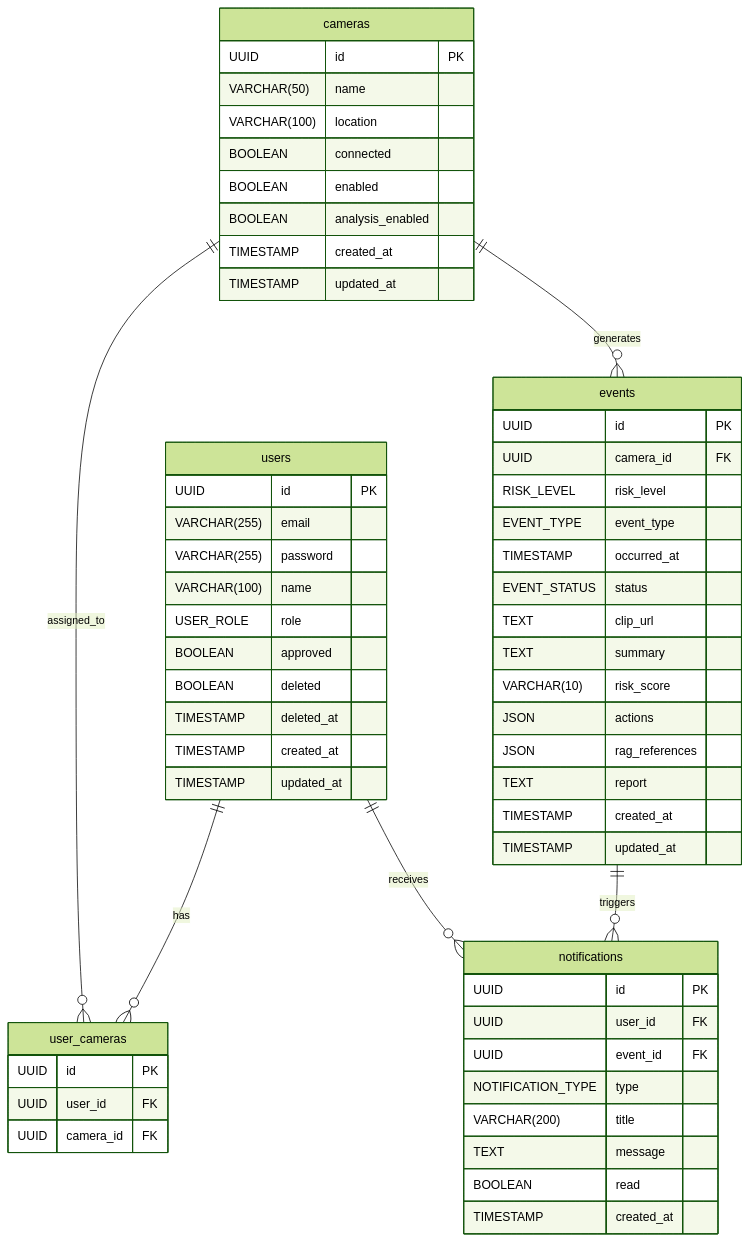
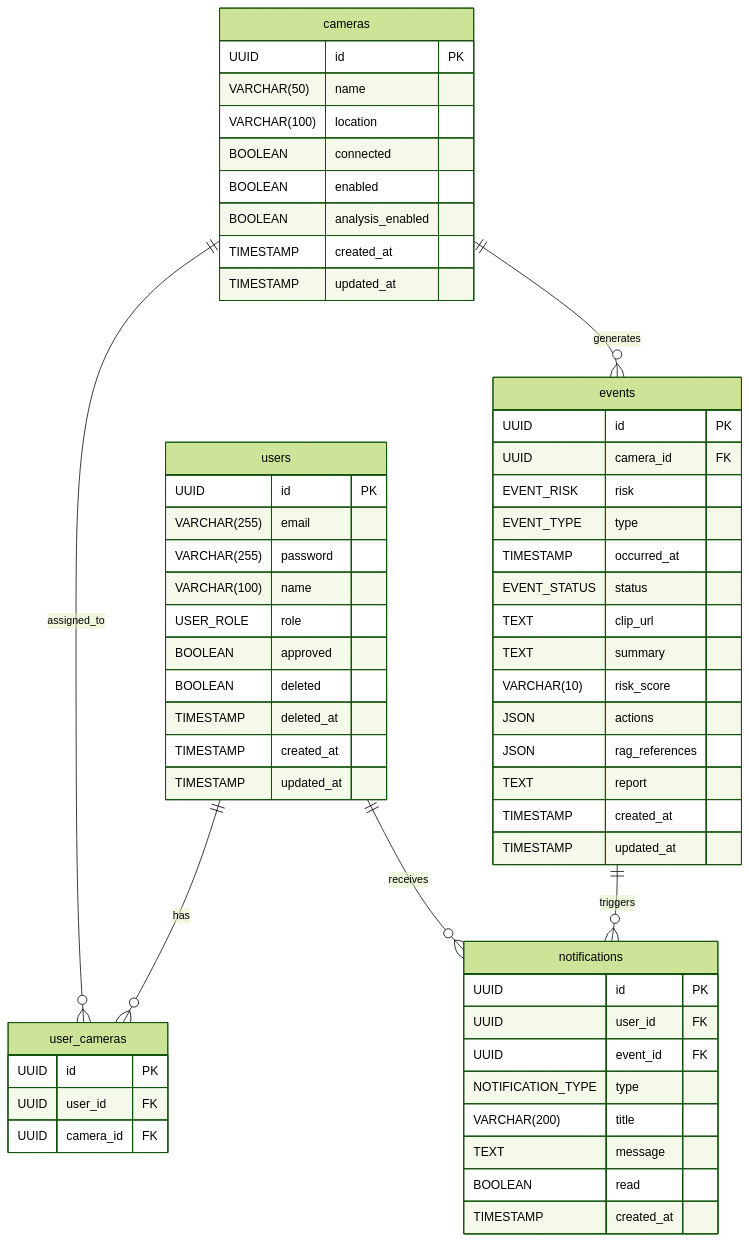
Before and after one commit to AIX-01/aegis-backend: the diagram in docs/DATA-MODEL.md, drawn with Mermaid (forest theme). The commit also changed other lines of this file and 1 other file, not shown here.

Commit message:
docs: Enum 및 컬럼명 컨벤션 통일 - events.risk_level → risk (EVENT_RISK) - events.event_type → type (EVENT_TYPE) - RiskLevel → EventRisk - 인덱스명 업데이트

````diff
--- a/docs/DATA-MODEL.md
+++ b/docs/DATA-MODEL.md
@@ -9,66 +9,66 @@
 ```mermaid
 erDiagram
     users {
         UUID id PK
         VARCHAR(255) email
         VARCHAR(255) password
         VARCHAR(100) name
         USER_ROLE role
         BOOLEAN approved
         BOOLEAN deleted
         TIMESTAMP deleted_at
         TIMESTAMP created_at
         TIMESTAMP updated_at
     }
 
     cameras {
         UUID id PK
         VARCHAR(50) name
         VARCHAR(100) location
         BOOLEAN connected
         BOOLEAN enabled
         BOOLEAN analysis_enabled
         TIMESTAMP created_at
         TIMESTAMP updated_at
     }
 
     user_cameras {
         UUID id PK
         UUID user_id FK
         UUID camera_id FK
     }
 
     events {
         UUID id PK
         UUID camera_id FK
-        RISK_LEVEL risk_level
-        EVENT_TYPE event_type
+        EVENT_RISK risk
+        EVENT_TYPE type
         TIMESTAMP occurred_at
         EVENT_STATUS status
         TEXT clip_url
         TEXT summary
         VARCHAR(10) risk_score
         JSON actions
         JSON rag_references
         TEXT report
         TIMESTAMP created_at
         TIMESTAMP updated_at
     }
 
     notifications {
         UUID id PK
         UUID user_id FK
         UUID event_id FK
         NOTIFICATION_TYPE type
         VARCHAR(200) title
         TEXT message
         BOOLEAN read
         TIMESTAMP created_at
     }
 
     users ||--o{ user_cameras : has
     cameras ||--o{ user_cameras : assigned_to
     cameras ||--o{ events : generates
     events ||--o{ notifications : triggers
     users ||--o{ notifications : receives
 ```
````
